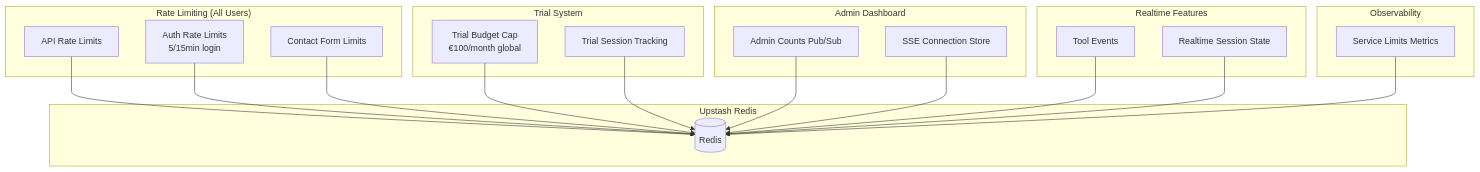
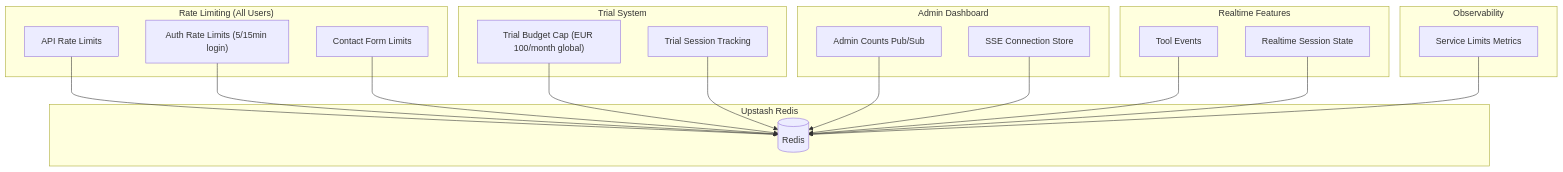
One commit to FightTheStroke/MirrorBuddy changed the second of 50 diagrams in ARCHITECTURE-DIAGRAMS.md. Above: the diagram before and after it, drawn with Mermaid. The commit also changed other lines of this file, not shown here.

First line of the commit message:
docs(arch): rewrite diagrams in English, rename Maestri to Professors

````diff
--- a/ARCHITECTURE-DIAGRAMS.md
+++ b/ARCHITECTURE-DIAGRAMS.md
@@ -113,42 +112,42 @@
 ```mermaid
 graph TB
-    subgraph "Upstash Redis"
+    subgraph Upstash_Redis["Upstash Redis"]
         Redis[(Redis)]
     end
 
-    subgraph "Rate Limiting (All Users)"
+    subgraph Rate_Limiting["Rate Limiting (All Users)"]
         RL1[API Rate Limits]
-        RL2[Auth Rate Limits<br/>5/15min login]
+        RL2["Auth Rate Limits (5/15min login)"]
         RL3[Contact Form Limits]
     end
 
-    subgraph "Trial System"
-        TB[Trial Budget Cap<br/>€100/month global]
+    subgraph Trial_System["Trial System"]
+        TB["Trial Budget Cap (EUR 100/month global)"]
         TS[Trial Session Tracking]
     end
 
-    subgraph "Admin Dashboard"
+    subgraph Admin_Dashboard["Admin Dashboard"]
         AC[Admin Counts Pub/Sub]
         SSE[SSE Connection Store]
     end
 
-    subgraph "Realtime Features"
+    subgraph Realtime_Features["Realtime Features"]
         TE[Tool Events]
         RT[Realtime Session State]
     end
 
-    subgraph "Observability"
+    subgraph Observability["Observability"]
         SL[Service Limits Metrics]
     end
 
     RL1 --> Redis
     RL2 --> Redis
     RL3 --> Redis
     TB --> Redis
     TS --> Redis
     AC --> Redis
     SSE --> Redis
     TE --> Redis
     RT --> Redis
     SL --> Redis
 ```
````
